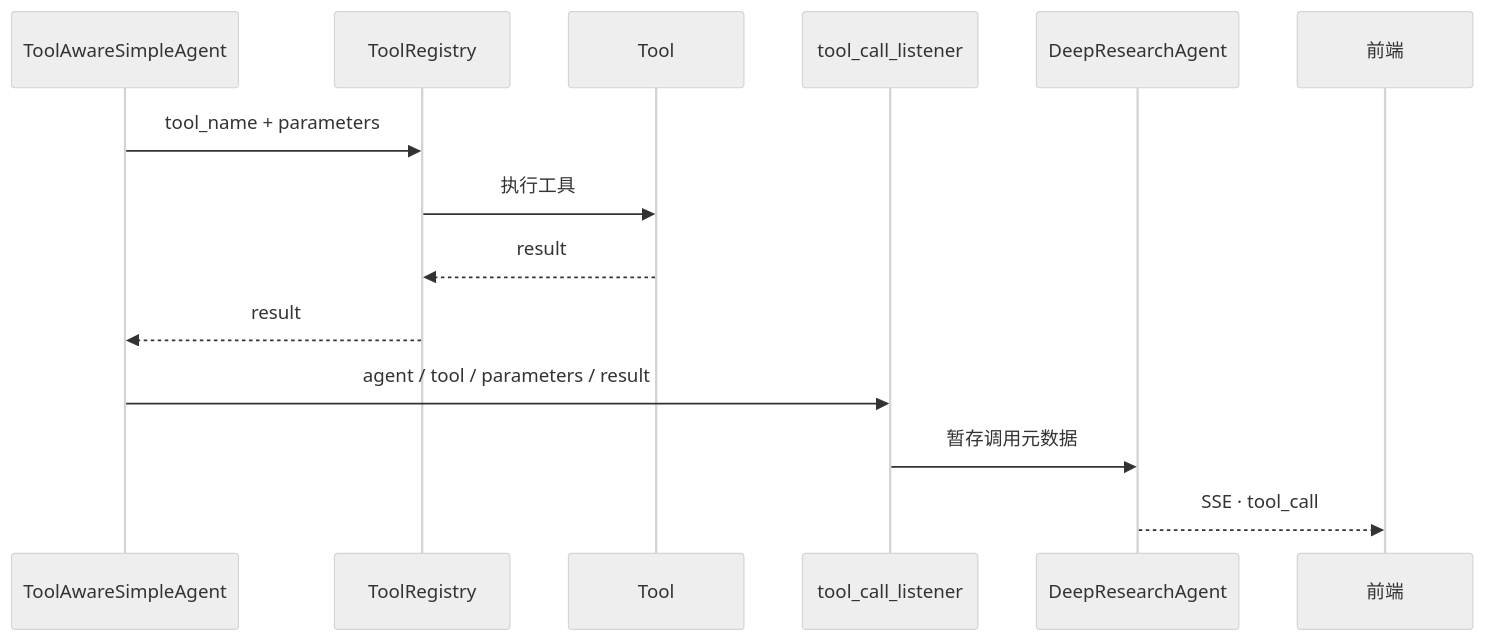
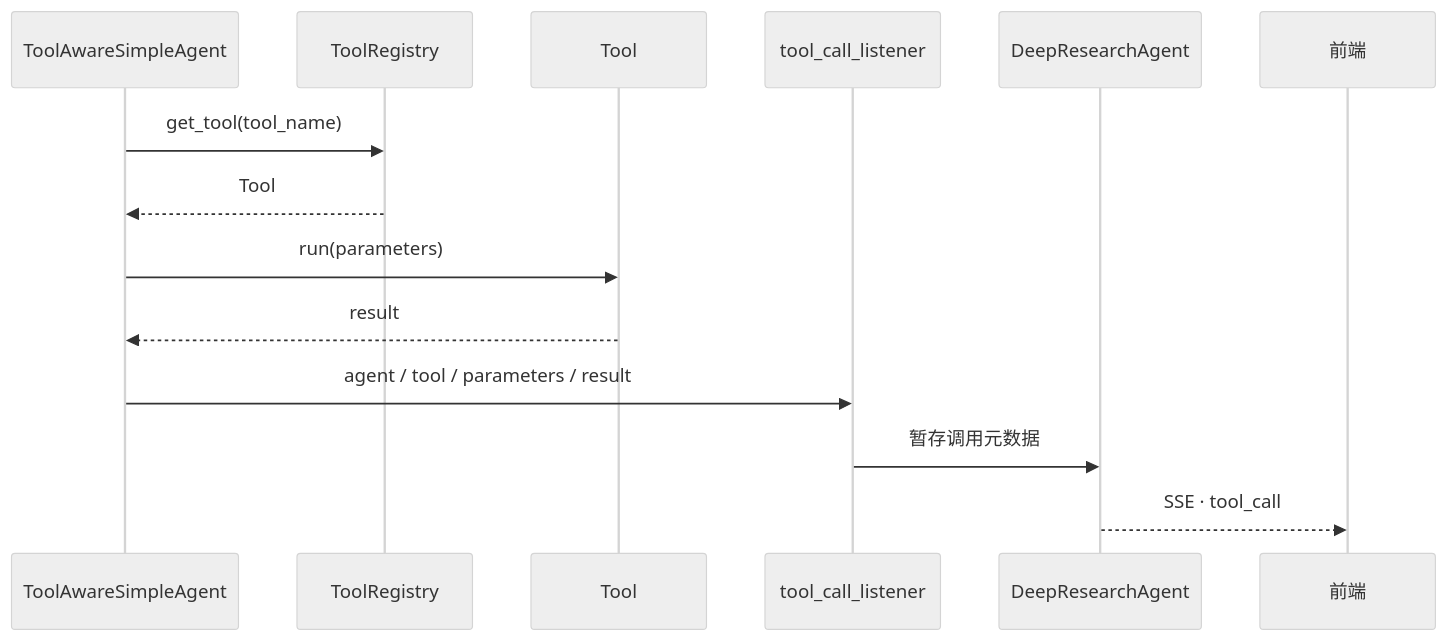
One commit to Garden12138/notes changed the fourth of 7 diagrams in ai/book_note/Hello-Agents/Automated Deep Research Agent.md. Above: the diagram before and after it, drawn with Mermaid (neutral theme). The commit also changed other lines of this file and 16 other files, not shown here.

```diff
--- a/ai/book_note/Hello-Agents/Automated Deep Research Agent.md
+++ b/ai/book_note/Hello-Agents/Automated Deep Research Agent.md
@@ -185,17 +185,17 @@
 ~~~mermaid
 sequenceDiagram
     participant A as ToolAwareSimpleAgent
     participant R as ToolRegistry
     participant T as Tool
     participant L as tool_call_listener
     participant C as DeepResearchAgent
     participant V as 前端
 
-    A->>R: tool_name + parameters
-    R->>T: 执行工具
-    T-->>R: result
-    R-->>A: result
+    A->>R: get_tool(tool_name)
+    R-->>A: Tool
+    A->>T: run(parameters)
+    T-->>A: result
     A->>L: agent / tool / parameters / result
     L->>C: 暂存调用元数据
     C-->>V: SSE · tool_call
 ~~~
```
